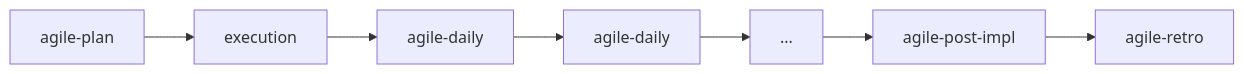
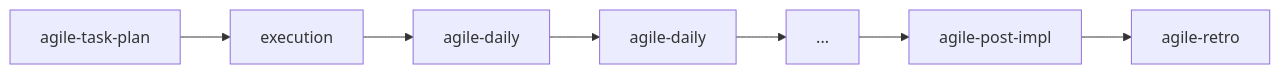
One commit to djalmajr/essential-skills changed the diagram in skills/agile-daily/README.md. Above: the diagram before and after it, drawn with Mermaid. The commit also changed other lines of this file and 29 other files, not shown here.

First line of the commit message:
Rename agile-plan to agile-task-plan, remove all sizing codes

````diff
--- a/skills/agile-daily/README.md
+++ b/skills/agile-daily/README.md
@@ -53,9 +53,9 @@
 ```mermaid
 flowchart LR
-    A[agile-plan] --> B[execution]
+    A[agile-task-plan] --> B[execution]
     B --> C[agile-daily]
     C --> D[agile-daily]
     D --> E[...]
     E --> F[agile-post-impl]
     F --> G[agile-retro]
 ```
````
